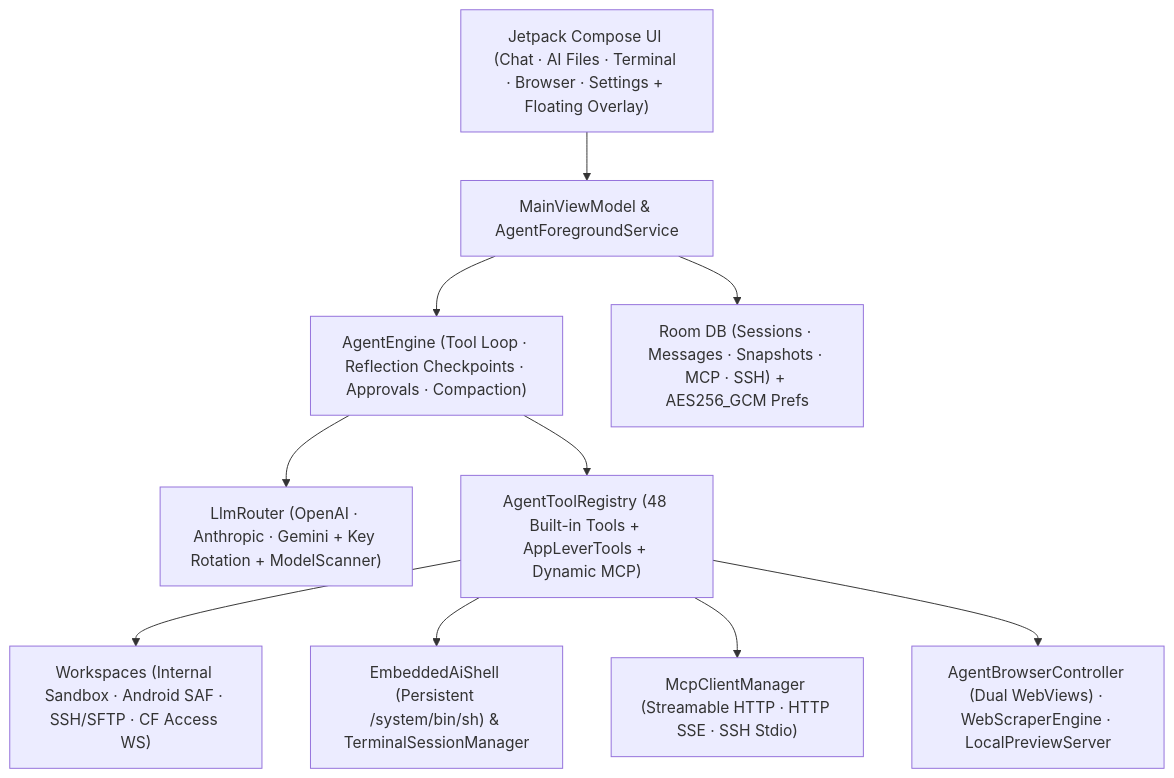
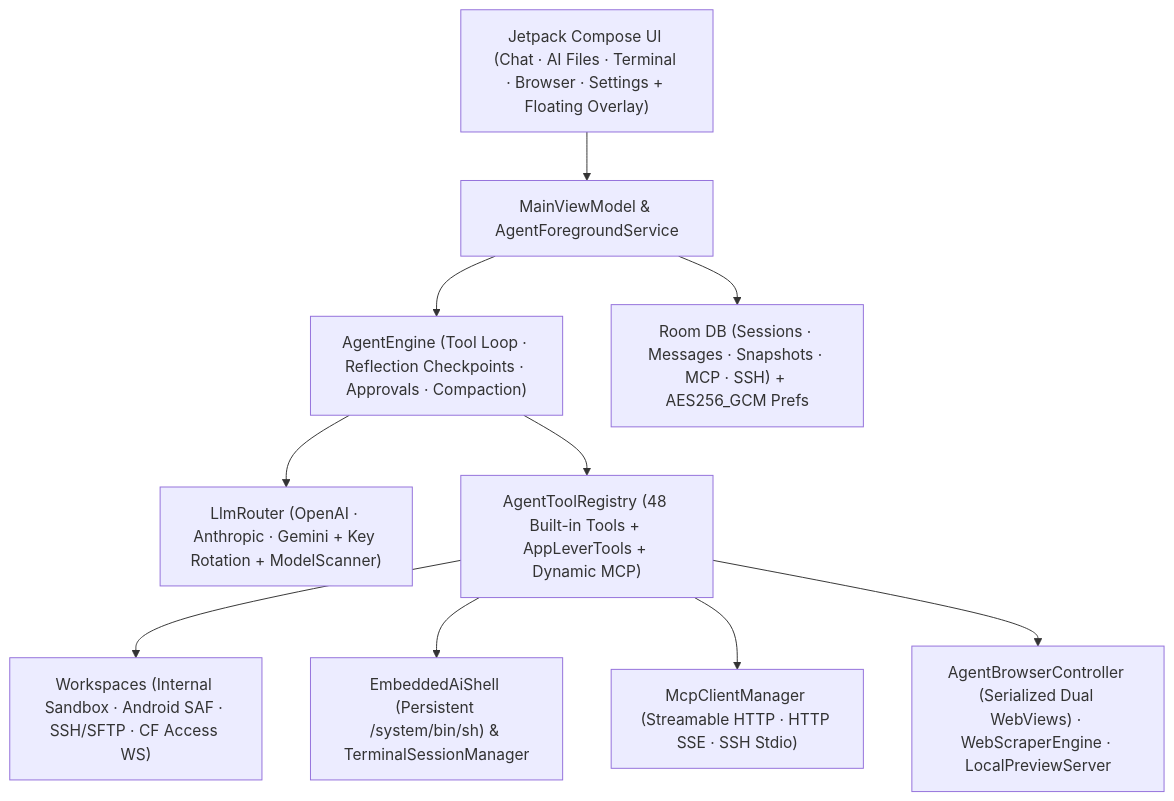
The diagram in README.md (DIIIUA/ForgeMind), drawn with Mermaid before and after one commit. The commit also changed other lines of this file and 32 other files, not shown here.

````diff
--- a/README.md
+++ b/README.md
@@ -106,12 +128,12 @@
 ```mermaid
 flowchart TB
     UI["Jetpack Compose UI (Chat · AI Files · Terminal · Browser · Settings + Floating Overlay)"] --> VM["MainViewModel & AgentForegroundService"]
     VM --> AE["AgentEngine (Tool Loop · Reflection Checkpoints · Approvals · Compaction)"]
     AE --> LLM["LlmRouter (OpenAI · Anthropic · Gemini + Key Rotation + ModelScanner)"]
     AE --> TOOLS["AgentToolRegistry (48 Built-in Tools + AppLeverTools + Dynamic MCP)"]
     TOOLS --> ENV["Workspaces (Internal Sandbox · Android SAF · SSH/SFTP · CF Access WS)"]
     TOOLS --> SHELL["EmbeddedAiShell (Persistent /system/bin/sh) & TerminalSessionManager"]
     TOOLS --> MCP["McpClientManager (Streamable HTTP · HTTP SSE · SSH Stdio)"]
-    TOOLS --> WEB["AgentBrowserController (Dual WebViews) · WebScraperEngine · LocalPreviewServer"]
+    TOOLS --> WEB["AgentBrowserController (Serialized Dual WebViews) · WebScraperEngine · LocalPreviewServer"]
     VM --> DB["Room DB (Sessions · Messages · Snapshots · MCP · SSH) + AES256_GCM Prefs"]
 ```
````
